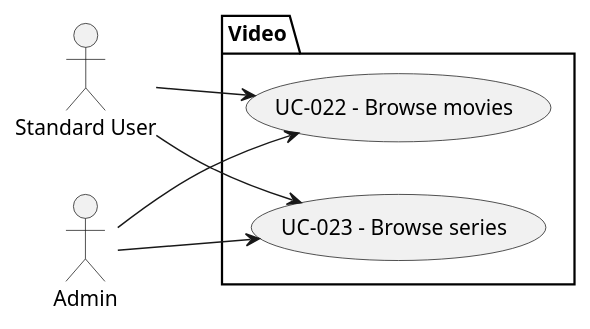
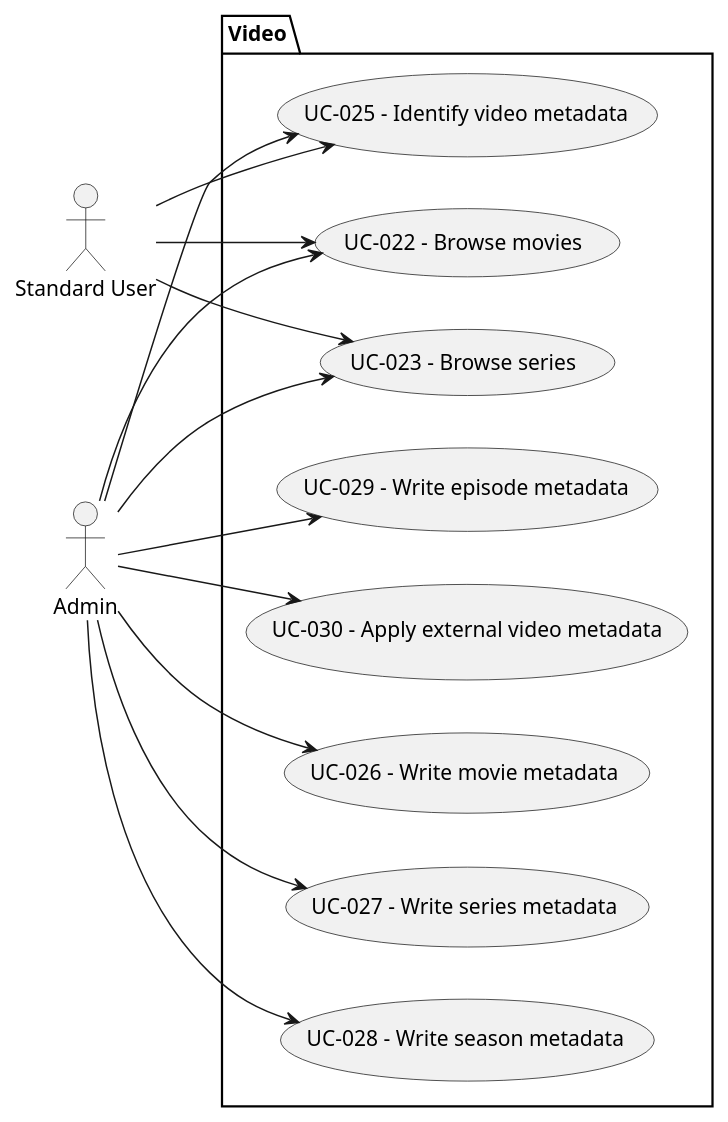
The sixth of 8 diagrams in docs/development/UseCases.md (Mnemorium/mnemorium), drawn with PlantUML before and after one commit. The commit also changed other lines of this file and 123 other files, not shown here.

Commit message:
feat(api): write video metadata (#396)

````diff
--- a/docs/development/UseCases.md
+++ b/docs/development/UseCases.md
@@ -1147,19 +1147,32 @@
 ```puml
 @startuml
 left to right direction
 skinparam style strictuml
 
 actor "Standard User" as StandardUser
 actor "Admin" as Admin
 
 package "Video" {
   usecase "UC-022 - Browse movies" as UC022
   usecase "UC-023 - Browse series" as UC023
+  usecase "UC-025 - Identify video metadata" as UC025
+  usecase "UC-026 - Write movie metadata" as UC026
+  usecase "UC-027 - Write series metadata" as UC027
+  usecase "UC-028 - Write season metadata" as UC028
+  usecase "UC-029 - Write episode metadata" as UC029
+  usecase "UC-030 - Apply external video metadata" as UC030
 }
 
 StandardUser --> UC022
 Admin --> UC022
 StandardUser --> UC023
 Admin --> UC023
+StandardUser --> UC025
+Admin --> UC025
+Admin --> UC026
+Admin --> UC027
+Admin --> UC028
+Admin --> UC029
+Admin --> UC030
 @enduml
 ```
````
